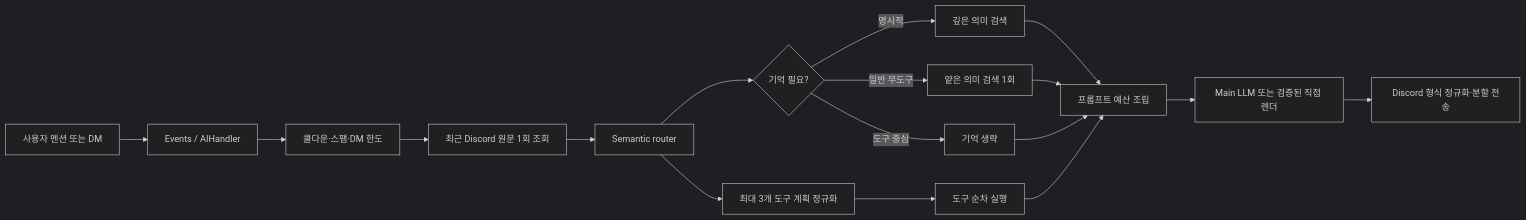
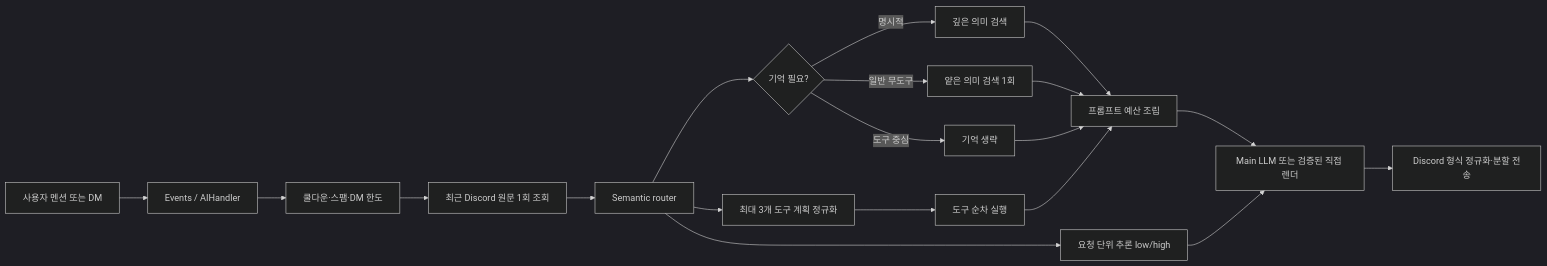
One commit to kim0040/masamong changed the first of 3 diagrams in docs/ARCHITECTURE.ko.md. Above: the diagram before and after it, drawn with Mermaid (dark theme). The commit also changed other lines of this file and 11 other files, not shown here.

````diff
--- a/docs/ARCHITECTURE.ko.md
+++ b/docs/ARCHITECTURE.ko.md
@@ -56,19 +56,21 @@
 ```mermaid
 flowchart LR
     U["사용자 멘션 또는 DM"] --> E["Events / AIHandler"]
     E --> G["쿨다운·스팸·DM 한도"]
     G --> H["최근 Discord 원문 1회 조회"]
     H --> R["Semantic router"]
+    R --> Q["요청 단위 추론 low/high"]
     R --> M{"기억 필요?"}
     M -->|명시적| MR["깊은 의미 검색"]
     M -->|일반 무도구| MP["얕은 의미 검색 1회"]
     M -->|도구 중심| N["기억 생략"]
     R --> T["최대 3개 도구 계획 정규화"]
     T --> X["도구 순차 실행"]
     MR --> P["프롬프트 예산 조립"]
     MP --> P
     N --> P
     X --> P
     P --> L["Main LLM 또는 검증된 직접 렌더"]
+    Q --> L
     L --> D["Discord 형식 정규화·분할 전송"]
 ```
````
